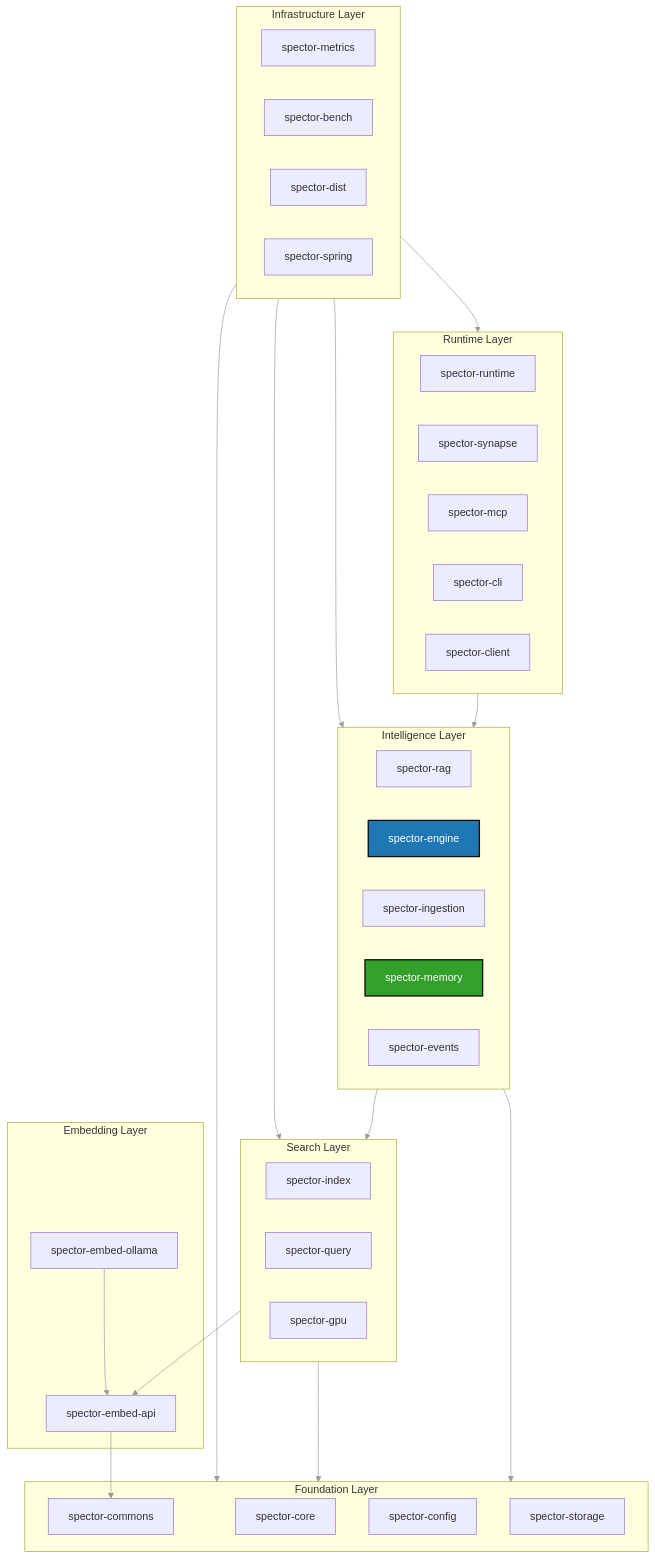
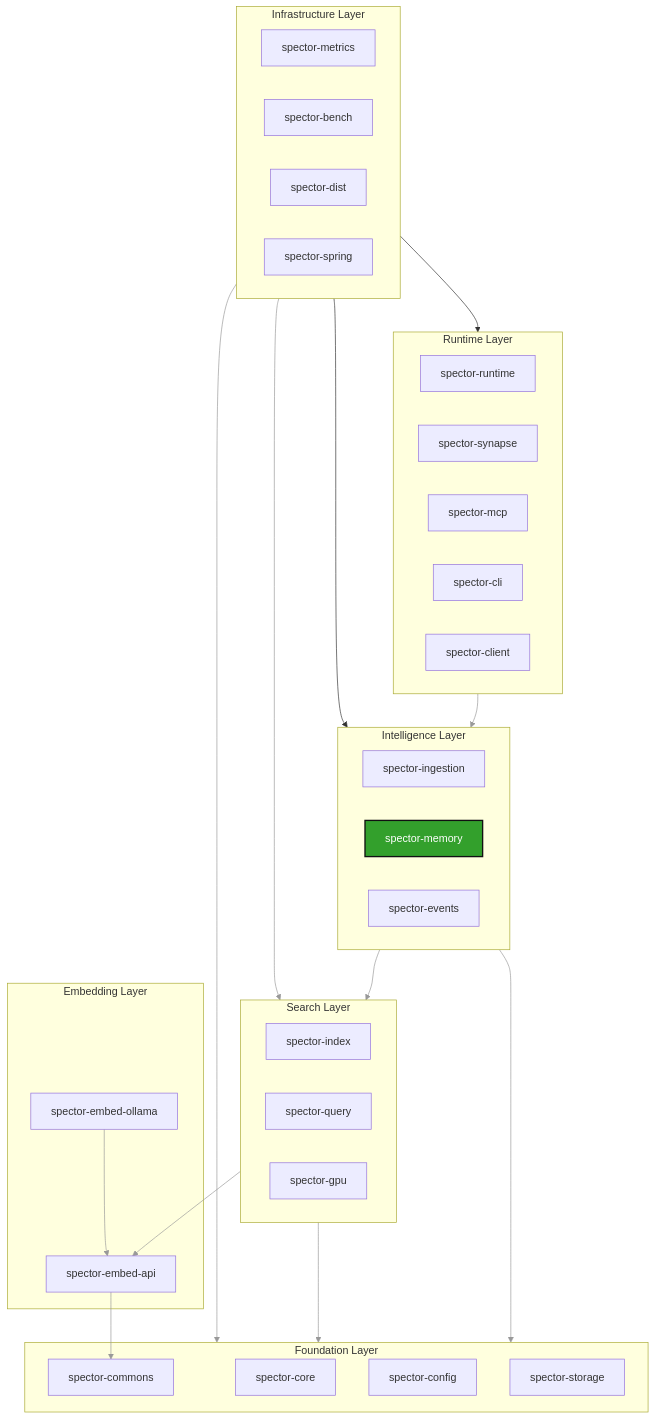
The diagram in PROJECT_CONTEXT.md (spectrayan/spector), drawn with Mermaid before and after one commit. The commit also changed other lines of this file and 34 other files, not shown here.

First line of the commit message:
docs(docs): align project documentation with memory recall architecture (#321)

````diff
--- a/PROJECT_CONTEXT.md
+++ b/PROJECT_CONTEXT.md
@@ -50,61 +50,58 @@
 ```mermaid
 graph TD
     subgraph infrastructure ["Infrastructure Layer"]
         metrics[spector-metrics]
         bench[spector-bench]
         dist[spector-dist]
         spring[spector-spring]
     end
 
     subgraph run_layer ["Runtime Layer"]
         runtime[spector-runtime]
         synapse[spector-synapse]
         mcp[spector-mcp]
         cli[spector-cli]
         client[spector-client]
     end
 
     subgraph intelligence ["Intelligence Layer"]
-        rag[spector-rag]
-        engine[spector-engine]
         ingestion[spector-ingestion]
         memory[spector-memory]
         events[spector-events]
     end
 
     subgraph search ["Search Layer"]
         index[spector-index]
         query[spector-query]
         gpu[spector-gpu]
     end
 
     subgraph embedding ["Embedding Layer"]
         embed_api[spector-embed-api]
         embed_ollama[spector-embed-ollama]
     end
 
     subgraph foundation ["Foundation Layer"]
         core[spector-core]
         commons[spector-commons]
         config[spector-config]
         storage[spector-storage]
     end
 
     %% Dependency mappings
     run_layer --> intelligence
     intelligence --> search
     intelligence --> foundation
     search --> foundation
     search --> embed_api
     embed_api --> commons
     embed_ollama --> embed_api
     infrastructure --> foundation
     infrastructure --> search
     infrastructure --> intelligence
     infrastructure --> run_layer
 
     %% Boundary rules
     style memory fill:#33a02c,stroke:#111,stroke-width:2px,color:#fff
-    style engine fill:#1f78b4,stroke:#111,stroke-width:2px,color:#fff
-    linkStyle 0,1,2,3,4,5,6,7,8,9,10 stroke:#999,stroke-width:1px;
+    linkStyle 0,1,2,3,4,5,6,7,8 stroke:#999,stroke-width:1px;
 ```
````
